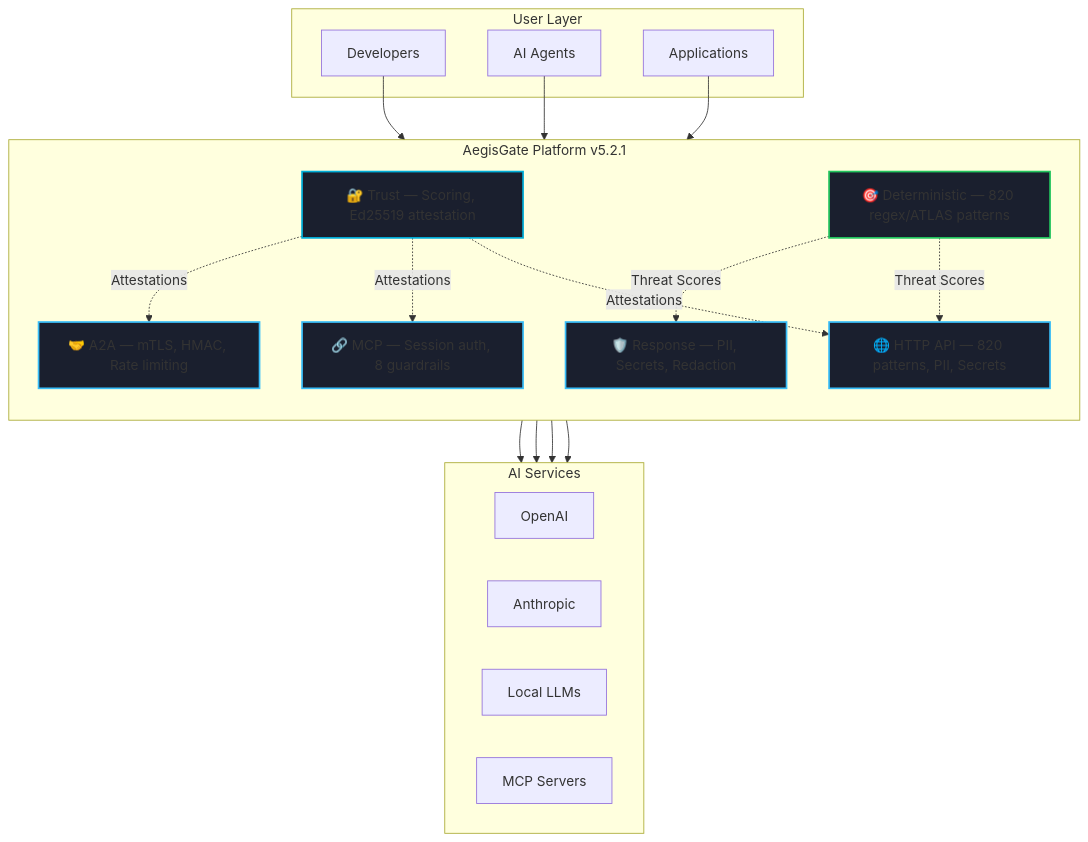
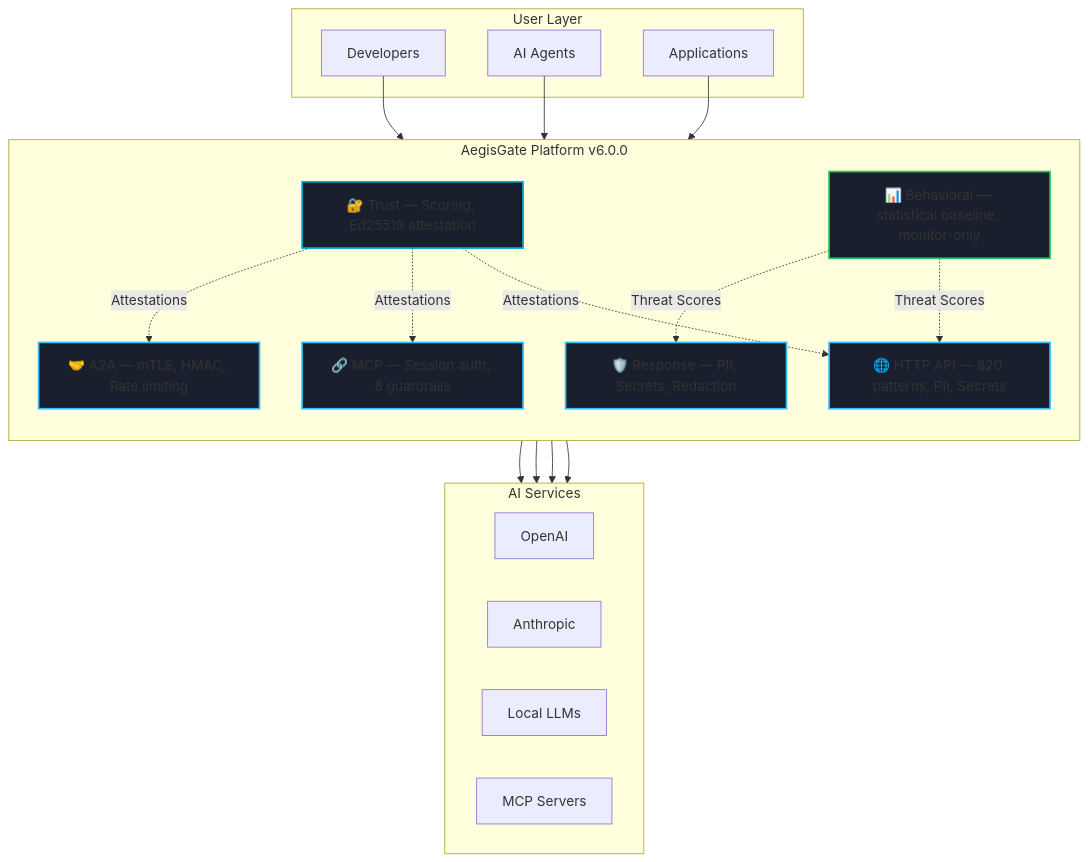
One commit to aegisgatesecurity/aegisgate-site changed the first of 2 diagrams in content/platform/_index.md. Above: the diagram before and after it, drawn with Mermaid. The commit also changed other lines of this file and 15 other files, not shown here.

```diff
--- a/content/platform/_index.md
+++ b/content/platform/_index.md
@@ -133,47 +143,47 @@
 {{< mermaid >}}
 flowchart TD
     subgraph UserLayer["User Layer"]
         A[Developers]
         B[AI Agents]
         C[Applications]
     end
 
-    subgraph Platform["AegisGate Platform v5.2.1"]
+    subgraph Platform["AegisGate Platform v6.0.0"]
         direction TB
         P1["🌐 HTTP API — 820 patterns, PII, Secrets"]
         P2["🔗 MCP — Session auth, 8 guardrails"]
         P3["🤝 A2A — mTLS, HMAC, Rate limiting"]
         P4["🛡️ Response — PII, Secrets, Redaction"]
         P5["🔐 Trust — Scoring, Ed25519 attestation"]
-        P6["🎯 Deterministic — 820 regex/ATLAS patterns"]
+        P6["📊 Behavioral — statistical baseline, monitor-only"]
     end
 
     subgraph Output["AI Services"]
         D[OpenAI]
         E[Anthropic]
         F[Local LLMs]
         G[MCP Servers]
     end
 
     A --> Platform
     B --> Platform
     C --> Platform
     
     P1 --> Output
     P2 --> Output
     P3 --> Output
     P4 --> Output
     
     P5 -.->|Attestations| P1
     P5 -.->|Attestations| P2
     P5 -.->|Attestations| P3
     P6 -.->|Threat Scores| P1
     P6 -.->|Threat Scores| P4
 
     style P1 fill:#1a1f2e,stroke:#38bdf8,stroke-width:2px
     style P2 fill:#1a1f2e,stroke:#38bdf8,stroke-width:2px
     style P3 fill:#1a1f2e,stroke:#38bdf8,stroke-width:2px
     style P4 fill:#1a1f2e,stroke:#38bdf8,stroke-width:2px
     style P5 fill:#1a1f2e,stroke:#00ADD8,stroke-width:2px
     style P6 fill:#1a1f2e,stroke:#22c55e,stroke-width:2px
 {{< /mermaid >}}
```
